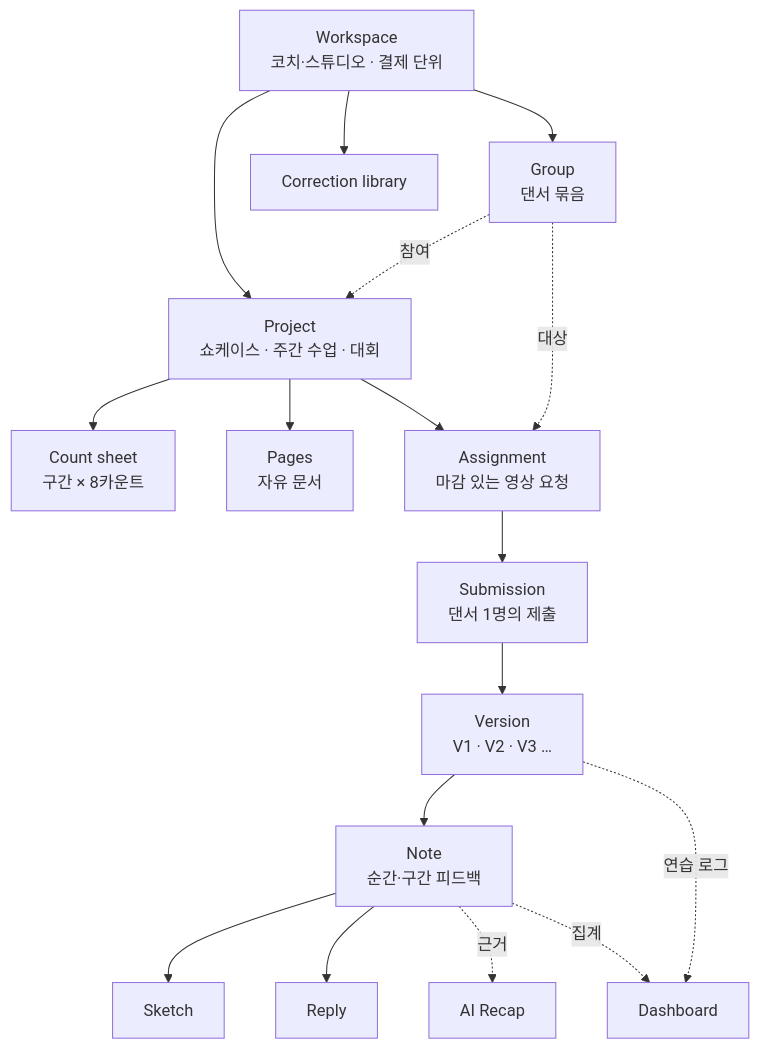
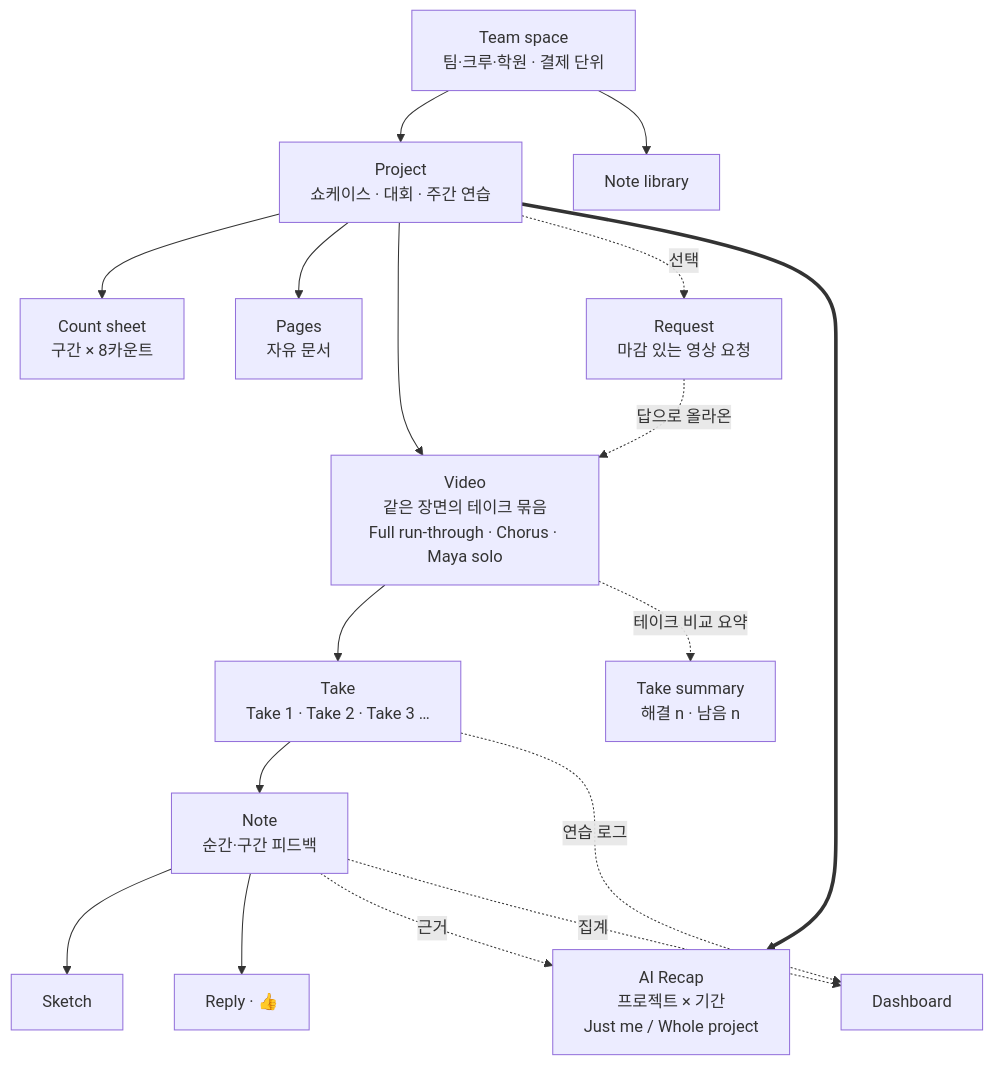
One commit to hope13710/dancerly changed the first of 8 diagrams in docs/02-service-structure.md. Above: the diagram before and after it, drawn with Mermaid. The commit also changed other lines of this file and 11 other files, not shown here.

First line of the commit message:
Project > Video > Take, recaps at project level, take summary

````diff
--- a/docs/02-service-structure.md
+++ b/docs/02-service-structure.md
@@ -5,20 +5,20 @@
 ```mermaid
 flowchart TB
-  WS[Workspace<br/>코치·스튜디오 · 결제 단위]
-  WS --> PJ[Project<br/>쇼케이스 · 주간 수업 · 대회]
-  WS --> GR[Group<br/>댄서 묶음]
-  WS --> LIB[Correction library]
+  WS[Team space<br/>팀·크루·학원 · 결제 단위]
+  WS --> PJ[Project<br/>쇼케이스 · 대회 · 주간 연습]
+  WS --> LIB[Note library]
   PJ --> CS[Count sheet<br/>구간 × 8카운트]
   PJ --> PG[Pages<br/>자유 문서]
-  PJ --> AS[Assignment<br/>마감 있는 영상 요청]
-  AS --> SB[Submission<br/>댄서 1명의 제출]
-  SB --> VR[Version<br/>V1 · V2 · V3 …]
-  VR --> NT[Note<br/>순간·구간 피드백]
+  PJ --> VD[Video<br/>같은 장면의 테이크 묶음<br/>Full run-through · Chorus · Maya solo]
+  PJ -. 선택 .-> RQ[Request<br/>마감 있는 영상 요청]
+  RQ -. 답으로 올라온 .-> VD
+  VD --> TK[Take<br/>Take 1 · Take 2 · Take 3 …]
+  TK --> NT[Note<br/>순간·구간 피드백]
   NT --> SK[Sketch]
-  NT --> RP[Reply]
-  GR -. 참여 .-> PJ
-  GR -. 대상 .-> AS
-  NT -. 근거 .-> RPT[AI Recap]
+  NT --> RP[Reply · 👍]
+  VD -. 테이크 비교 요약 .-> TS[Take summary<br/>해결 n · 남음 n]
+  PJ ==> RPT[AI Recap<br/>프로젝트 × 기간<br/>Just me / Whole project]
+  NT -. 근거 .-> RPT
   NT -. 집계 .-> DB[Dashboard]
-  VR -. 연습 로그 .-> DB
+  TK -. 연습 로그 .-> DB
 ```
````
